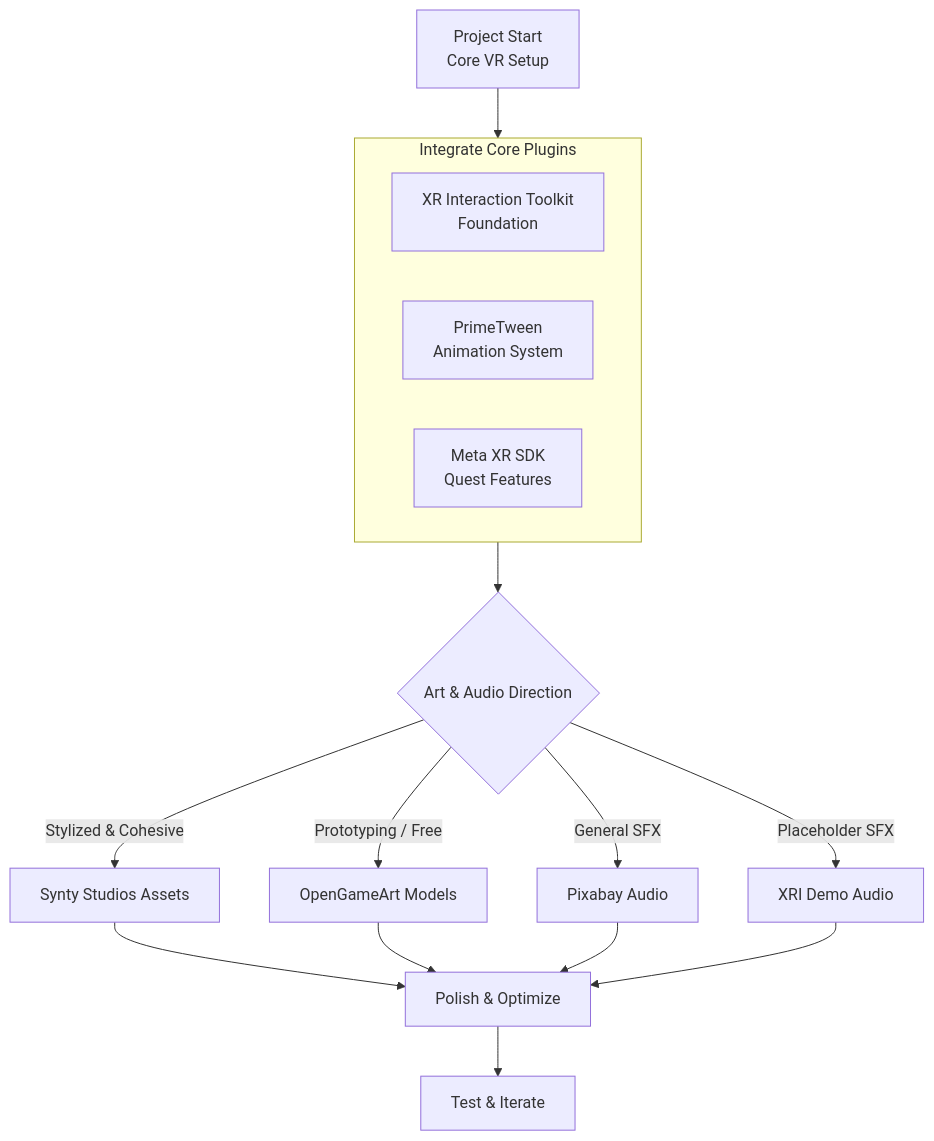
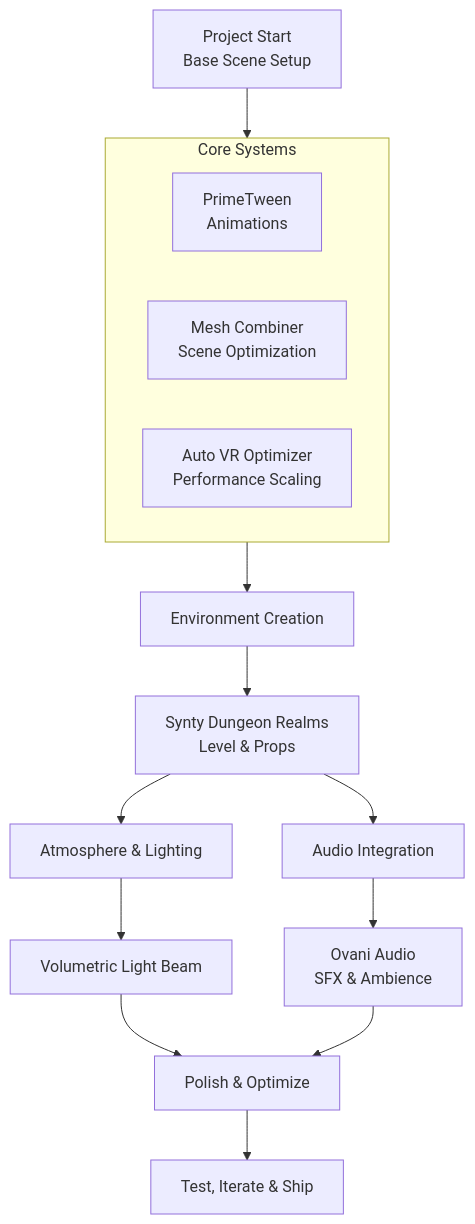
The diagram in Docs/References.md (SBUplakankus/monsta-choppa-vr), drawn with Mermaid before and after one commit. The commit also changed other lines of this file and 15 other files, not shown here.

````diff
--- a/Docs/References.md
+++ b/Docs/References.md
@@ -37,24 +58,24 @@
 ```mermaid
 flowchart TD
-    A[Project Start<br>Core VR Setup] --> B
-    
-    subgraph B [Integrate Core Plugins]
-        B1[XR Interaction Toolkit<br>Foundation]
-        B2[PrimeTween<br>Animation System]
-        B3[Meta XR SDK<br>Quest Features]
+    A[Project Start<br>Base Scene Setup] --> B
+
+    subgraph B [Core Systems]
+        B1[PrimeTween<br>Animations]
+        B2[Mesh Combiner<br>Scene Optimization]
+        B3[Auto VR Optimizer<br>Performance Scaling]
     end
-    
-    B --> C{Art & Audio Direction}
-    C -->|Stylized & Cohesive| D[Synty Studios Assets]
-    C -->|Prototyping / Free| E[OpenGameArt Models]
-    
-    C -->|General SFX| F[Pixabay Audio]
-    C -->|Placeholder SFX| G[XRI Demo Audio]
-    
-    D --> H[Polish & Optimize]
-    E --> H
-    F --> H
-    G --> H
-    
-    H --> I[Test & Iterate]
+
+    B --> C[Environment Creation]
+    C --> D[Synty Dungeon Realms<br>Level & Props]
+
+    D --> E[Atmosphere & Lighting]
+    E --> F[Volumetric Light Beam]
+
+    D --> G[Audio Integration]
+    G --> H[Ovani Audio<br>SFX & Ambience]
+
+    F --> I[Polish & Optimize]
+    H --> I
+
+    I --> J[Test, Iterate & Ship]
 ```
````
